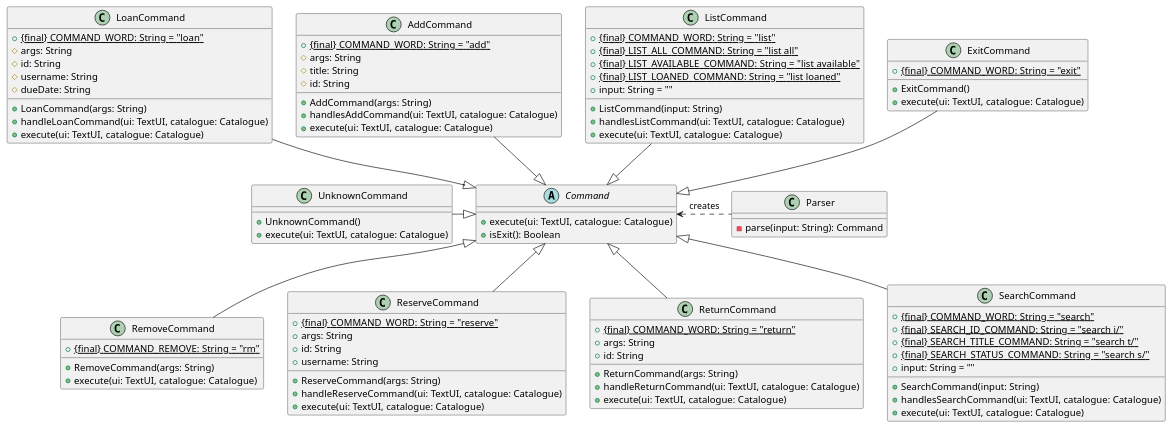
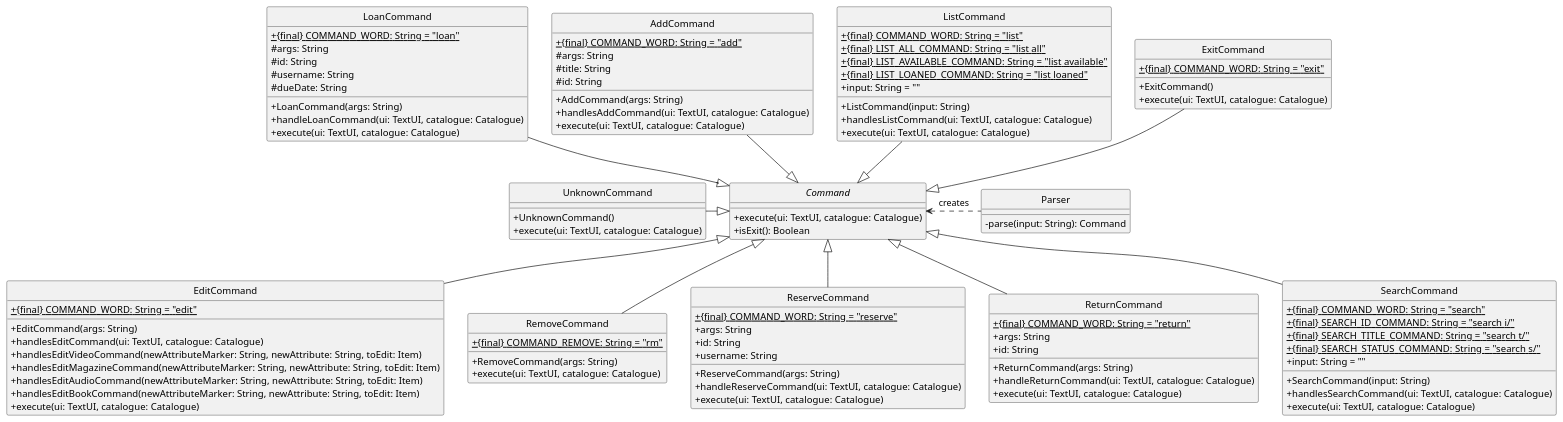
One commit to nus-cs2113-AY2122S1/tp changed the diagram in docs/diagrams/ParserAndCommandClassDiagram.puml. Above: the diagram before and after it, drawn with PlantUML.

Commit message:
Add Edit Command into Class Diagram

```diff
--- a/docs/diagrams/ParserAndCommandClassDiagram.puml
+++ b/docs/diagrams/ParserAndCommandClassDiagram.puml
@@ -1,105 +1,120 @@
 @startuml
 'https://plantuml.com/class-diagram
+
+hide circle
+skinparam classAttributeIconSize 0
 
 Command <|-up- ExitCommand
 Command <|-up- ListCommand
 Command <|-up- AddCommand
 Command <|-up- LoanCommand
+Command <|-- EditCommand
 Command <|-- RemoveCommand
 Command <|-- ReserveCommand
 Command <|-- ReturnCommand
 Command <|-- SearchCommand
 Command <|-left- UnknownCommand
 Command <.right. Parser: creates
 
 class Parser {
 - parse(input: String): Command
 }
 
 abstract class Command {
 + execute(ui: TextUI, catalogue: Catalogue)
 + isExit(): Boolean
 }
 
 class AddCommand {
 + {static} {final} COMMAND_WORD: String = "add"
 # args: String
 # title: String
 # id: String
 + AddCommand(args: String)
 + handlesAddCommand(ui: TextUI, catalogue: Catalogue)
++ execute(ui: TextUI, catalogue: Catalogue)
+}
+
+class EditCommand {
++ {static} {final} COMMAND_WORD: String = "edit"
++ EditCommand(args: String)
++ handlesEditCommand(ui: TextUI, catalogue: Catalogue)
++ handlesEditVideoCommand(newAttributeMarker: String, newAttribute: String, toEdit: Item)
++ handlesEditMagazineCommand(newAttributeMarker: String, newAttribute: String, toEdit: Item)
++ handlesEditAudioCommand(newAttributeMarker: String, newAttribute: String, toEdit: Item)
++ handlesEditBookCommand(newAttributeMarker: String, newAttribute: String, toEdit: Item)
 + execute(ui: TextUI, catalogue: Catalogue)
 }
 
 class ExitCommand {
 + {static} {final} COMMAND_WORD: String = "exit"
 + ExitCommand()
 + execute(ui: TextUI, catalogue: Catalogue)
 }
 
 class ListCommand {
 + {static} {final} COMMAND_WORD: String = "list"
 + {static} {final} LIST_ALL_COMMAND: String = "list all"
 + {static} {final} LIST_AVAILABLE_COMMAND: String = "list available"
 + {static} {final} LIST_LOANED_COMMAND: String = "list loaned"
 + input: String = ""
 + ListCommand(input: String)
 + handlesListCommand(ui: TextUI, catalogue: Catalogue)
 + execute(ui: TextUI, catalogue: Catalogue)
 }
 
 class LoanCommand {
 + {static} {final} COMMAND_WORD: String = "loan"
 # args: String
 # id: String
 # username: String
 # dueDate: String
 + LoanCommand(args: String)
 + handleLoanCommand(ui: TextUI, catalogue: Catalogue)
 + execute(ui: TextUI, catalogue: Catalogue)
 }
 
 class RemoveCommand {
 + {static} {final} COMMAND_REMOVE: String = "rm"
 + RemoveCommand(args: String)
 + execute(ui: TextUI, catalogue: Catalogue)
 }
 
 class ReserveCommand {
 + {static} {final} COMMAND_WORD: String = "reserve"
 + args: String
 + id: String
 + username: String
 + ReserveCommand(args: String)
 + handleReserveCommand(ui: TextUI, catalogue: Catalogue)
 + execute(ui: TextUI, catalogue: Catalogue)
 
 }
 
 class ReturnCommand {
 + {static} {final} COMMAND_WORD: String = "return"
 + args: String
 + id: String
 + ReturnCommand(args: String)
 + handleReturnCommand(ui: TextUI, catalogue: Catalogue)
 + execute(ui: TextUI, catalogue: Catalogue)
 }
 
 class SearchCommand {
 + {static} {final} COMMAND_WORD: String = "search"
 + {static} {final} SEARCH_ID_COMMAND: String = "search i/"
 + {static} {final} SEARCH_TITLE_COMMAND: String = "search t/"
 + {static} {final} SEARCH_STATUS_COMMAND: String = "search s/"
 + input: String = ""
 + SearchCommand(input: String)
 + handlesSearchCommand(ui: TextUI, catalogue: Catalogue)
 + execute(ui: TextUI, catalogue: Catalogue)
 }
 
 class UnknownCommand {
 + UnknownCommand()
 + execute(ui: TextUI, catalogue: Catalogue)
 }
 
 
 @enduml
```
